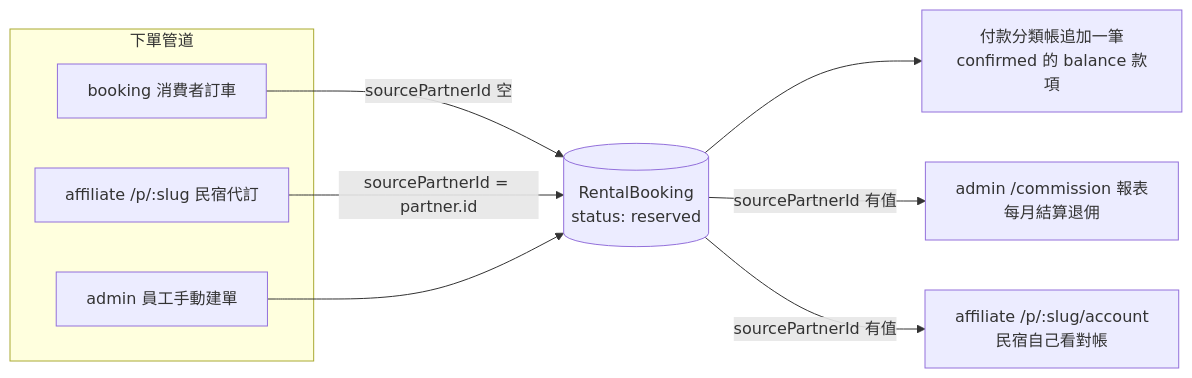
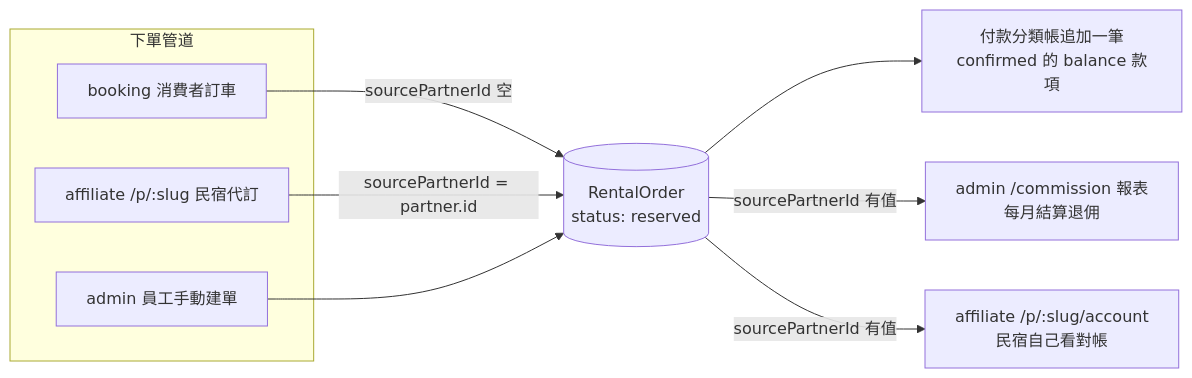
Before and after one commit to FangjieHung/bbd-car-rental: the diagram in docs/architecture/00-overview.md, drawn with Mermaid. The commit also changed other lines of this file and 204 other files, not shown here.

````diff
--- a/docs/architecture/00-overview.md
+++ b/docs/architecture/00-overview.md
@@ -48,14 +48,14 @@
 ```mermaid
 flowchart LR
     subgraph 下單管道
         A[booking 消費者訂車]
         B["affiliate /p/:slug 民宿代訂"]
         C[admin 員工手動建單]
     end
-    A -->|sourcePartnerId 空| D[(RentalBooking\nstatus: reserved)]
+    A -->|sourcePartnerId 空| D[(RentalOrder\nstatus: reserved)]
     B -->|"sourcePartnerId = partner.id"| D
     C --> D
     D --> E[付款分類帳追加一筆\nconfirmed 的 balance 款項]
     D -->|"sourcePartnerId 有值"| G[admin /commission 報表\n每月結算退佣]
     D -->|"sourcePartnerId 有值"| H["affiliate /p/:slug/account\n民宿自己看對帳"]
 ```
````
